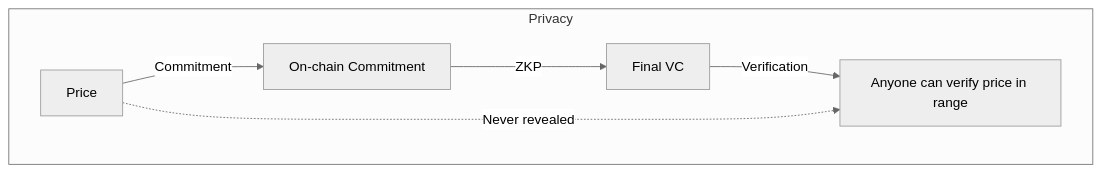
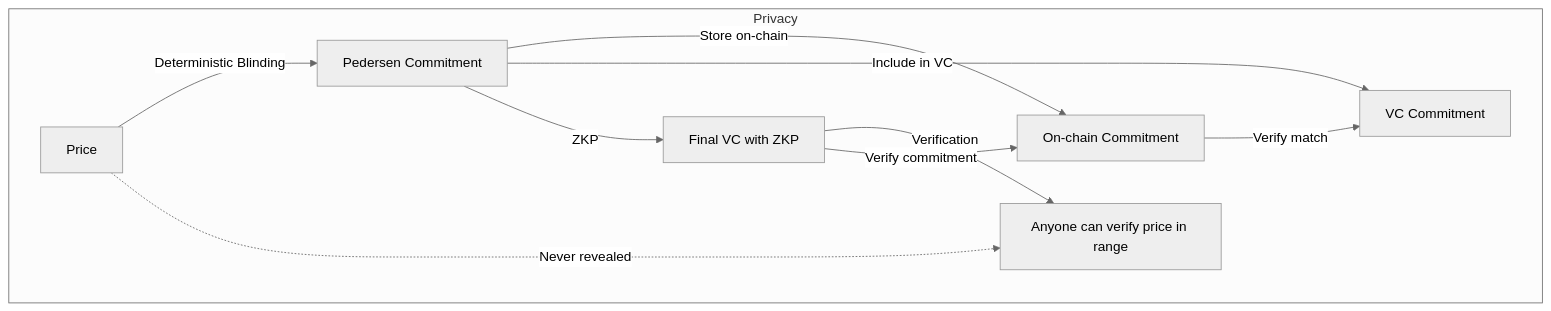
Before and after one commit to Elmenn/ev-battery-supplychain: the third of 3 diagrams in docs/zkp-vc-architecture.md, drawn with Mermaid (neutral theme). The commit also changed other lines of this file and 11 other files, not shown here.

First line of the commit message:
docs: Update README and documentation for public purchase flow

````diff
--- a/docs/zkp-vc-architecture.md
+++ b/docs/zkp-vc-architecture.md
@@ -48,9 +58,13 @@
 ```mermaid
 flowchart TD
     subgraph Privacy
-      A[Price] -->|Commitment| B[On-chain Commitment]
-      B -->|ZKP| C[Final VC]
-      C -->|Verification| D[Anyone can verify price in range]
-      A -.->|Never revealed| D
+      A[Price] -->|Deterministic Blinding| B[Pedersen Commitment]
+      B -->|Store on-chain| C[On-chain Commitment]
+      B -->|Include in VC| D[VC Commitment]
+      C -->|Verify match| D
+      B -->|ZKP| E[Final VC with ZKP]
+      E -->|Verification| F[Anyone can verify price in range]
+      E -->|Verify commitment| C
+      A -.->|Never revealed| F
     end
 ```
````
